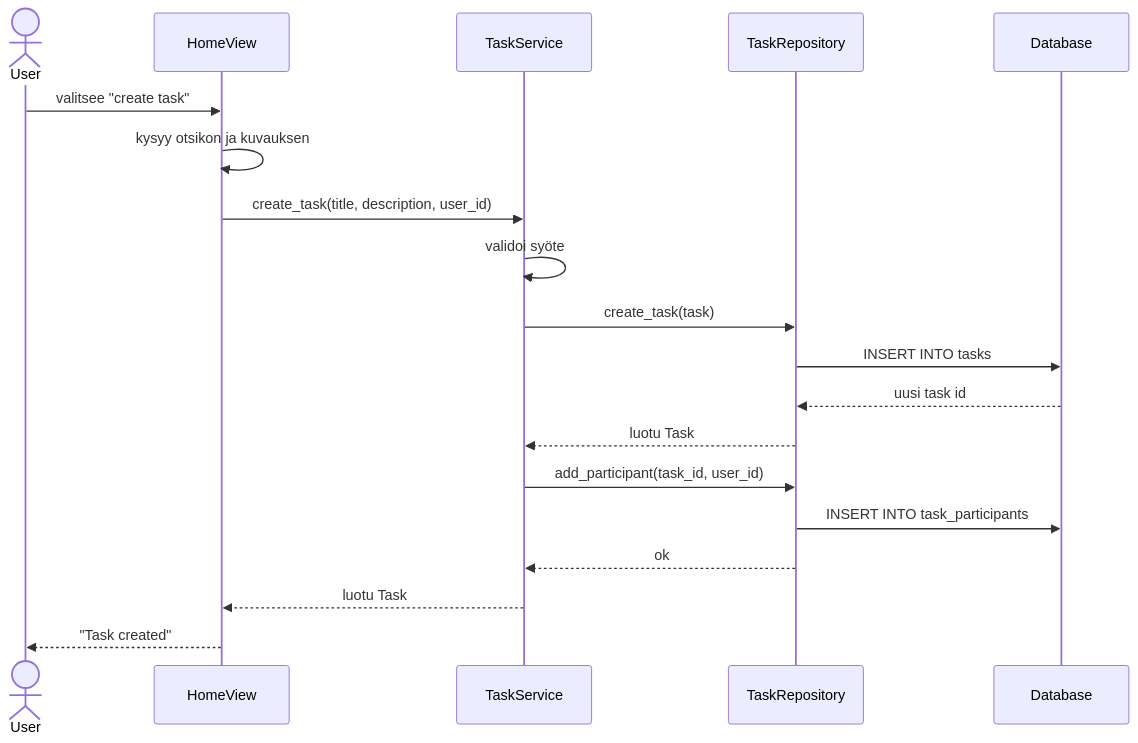
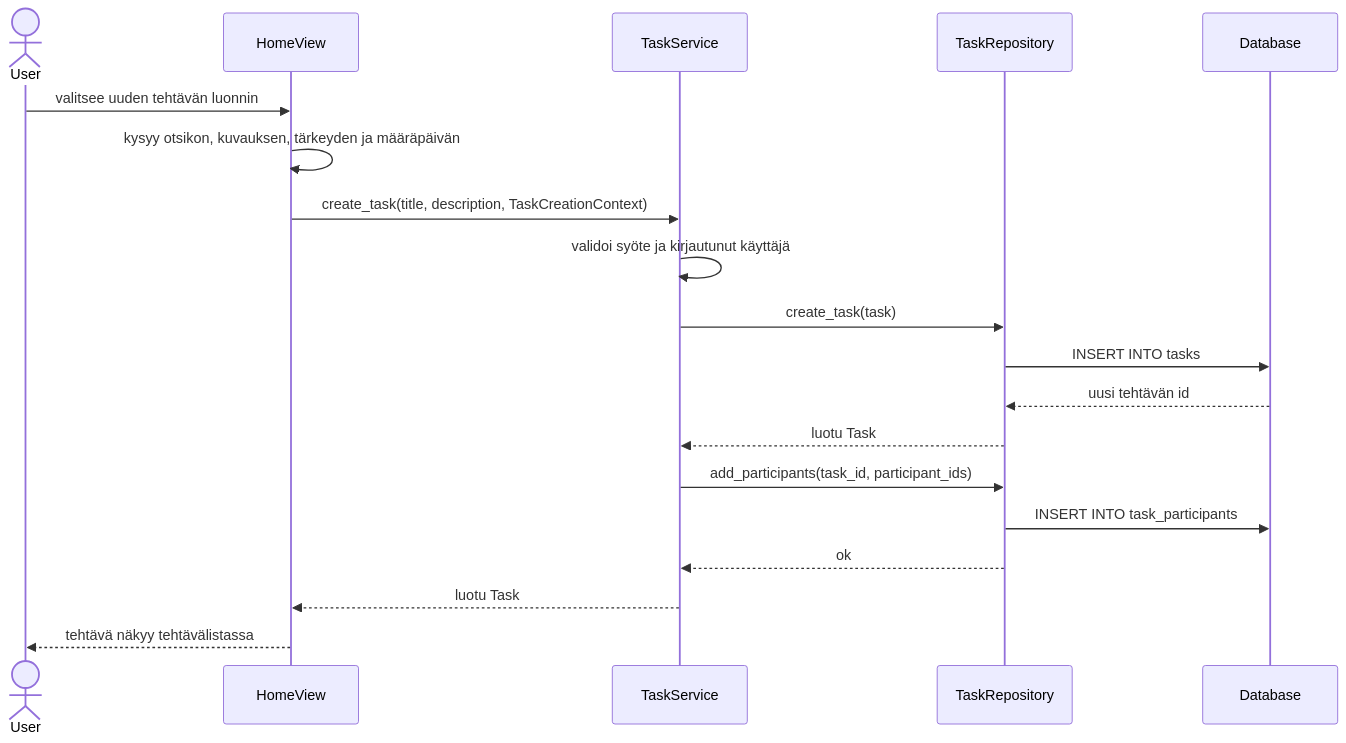
The second of 3 diagrams in dokumentaatio/arkkitehtuuri.md (rasmuskoo/ot_harjoitustyo), drawn with Mermaid before and after one commit. The commit also changed other lines of this file and 5 other files, not shown here.

````diff
--- a/dokumentaatio/arkkitehtuuri.md
+++ b/dokumentaatio/arkkitehtuuri.md
@@ -80,22 +134,22 @@
 ```mermaid
 sequenceDiagram
     actor User
     participant HomeView
     participant TaskService
     participant TaskRepository
     participant Database
 
-    User->>HomeView: valitsee "create task"
-    HomeView->>HomeView: kysyy otsikon ja kuvauksen
-    HomeView->>TaskService: create_task(title, description, user_id)
-    TaskService->>TaskService: validoi syöte
+    User->>HomeView: valitsee uuden tehtävän luonnin
+    HomeView->>HomeView: kysyy otsikon, kuvauksen, tärkeyden ja määräpäivän
+    HomeView->>TaskService: create_task(title, description, TaskCreationContext)
+    TaskService->>TaskService: validoi syöte ja kirjautunut käyttäjä
     TaskService->>TaskRepository: create_task(task)
     TaskRepository->>Database: INSERT INTO tasks
-    Database-->>TaskRepository: uusi task id
+    Database-->>TaskRepository: uusi tehtävän id
     TaskRepository-->>TaskService: luotu Task
-    TaskService->>TaskRepository: add_participant(task_id, user_id)
+    TaskService->>TaskRepository: add_participants(task_id, participant_ids)
     TaskRepository->>Database: INSERT INTO task_participants
     TaskRepository-->>TaskService: ok
     TaskService-->>HomeView: luotu Task
-    HomeView-->>User: "Task created"
+    HomeView-->>User: tehtävä näkyy tehtävälistassa
 ```
````
